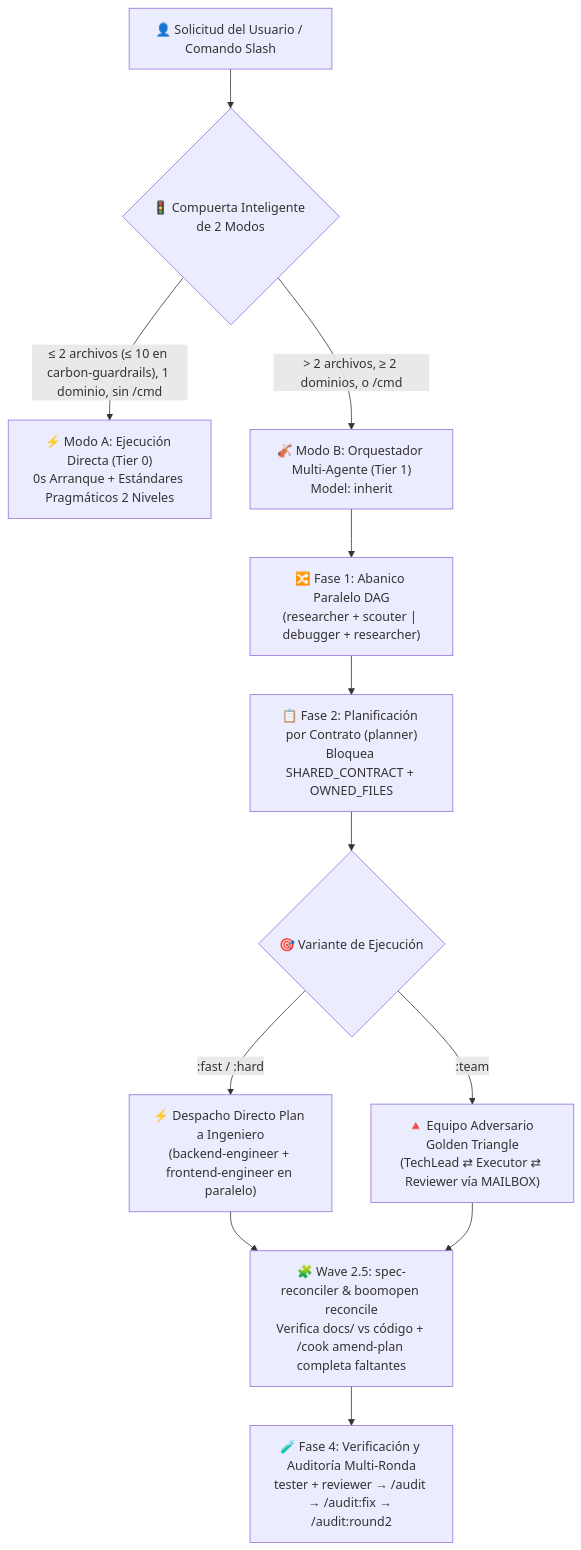
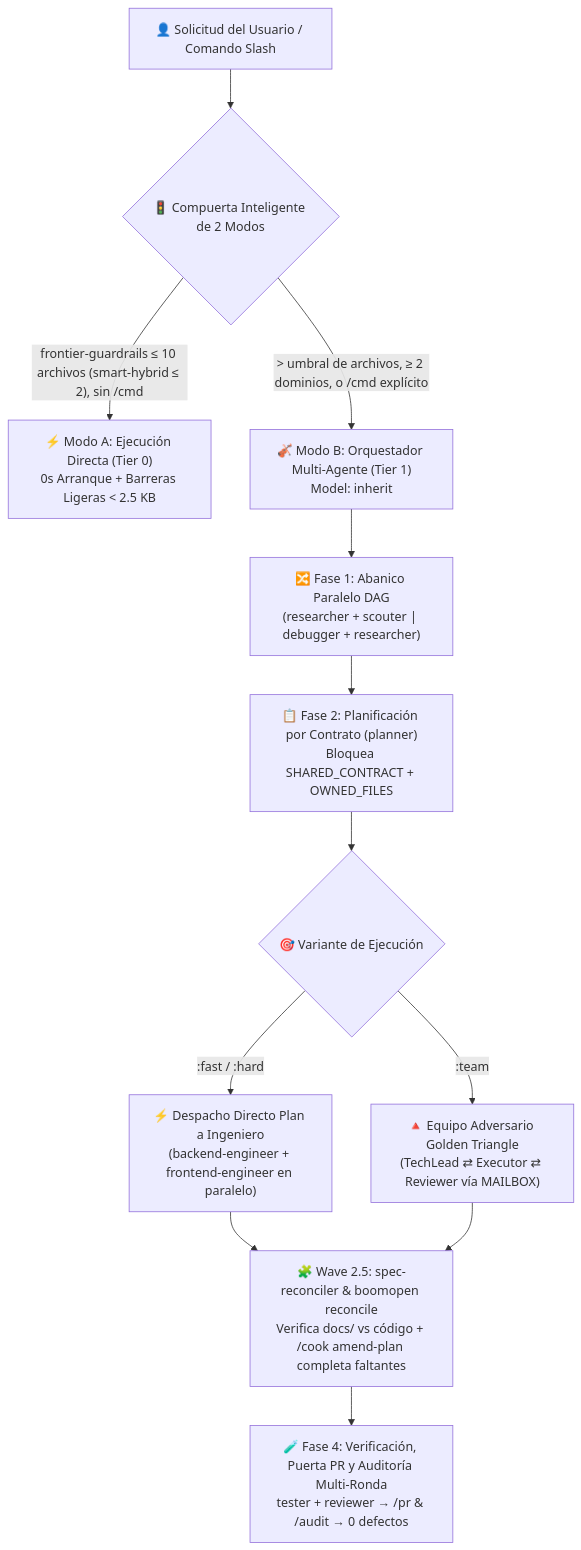
One commit to Kennyboom/BoomOpen-Workflow-Kit-Pro changed the diagram in i18n/README.es.md. Above: the diagram before and after it, drawn with Mermaid. The commit also changed other lines of this file and 99 other files, not shown here.

````diff
--- a/i18n/README.es.md
+++ b/i18n/README.es.md
@@ -49,17 +57,17 @@
 ```mermaid
 flowchart TD
     User["👤 Solicitud del Usuario / Comando Slash"] --> Gate{"🚦 Compuerta Inteligente de 2 Modos"}
-    Gate -->|"≤ 2 archivos (≤ 10 en carbon-guardrails), 1 dominio, sin /cmd"| ModeA["⚡ Modo A: Ejecución Directa (Tier 0)<br/>0s Arranque + Estándares Pragmáticos 2 Niveles"]
-    Gate -->|"> 2 archivos, ≥ 2 dominios, o /cmd"| ModeB["🎻 Modo B: Orquestador Multi-Agente (Tier 1)<br/>Model: inherit"]
+    Gate -->|"frontier-guardrails ≤ 10 archivos (smart-hybrid ≤ 2), sin /cmd"| ModeA["⚡ Modo A: Ejecución Directa (Tier 0)<br/>0s Arranque + Barreras Ligeras < 2.5 KB"]
+    Gate -->|"> umbral de archivos, ≥ 2 dominios, o /cmd explícito"| ModeB["🎻 Modo B: Orquestador Multi-Agente (Tier 1)<br/>Model: inherit"]
 
     ModeB --> FanOut["🔀 Fase 1: Abanico Paralelo DAG<br/>(researcher + scouter | debugger + researcher)"]
     FanOut --> Plan["📋 Fase 2: Planificación por Contrato (planner)<br/>Bloquea SHARED_CONTRACT + OWNED_FILES"]
     Plan --> Dispatch{"🎯 Variante de Ejecución"}
 
     Dispatch -->|":fast / :hard"| Direct["⚡ Despacho Directo Plan a Ingeniero<br/>(backend-engineer + frontend-engineer en paralelo)"]
     Dispatch -->|":team"| Triangle["🔺 Equipo Adversario Golden Triangle<br/>(TechLead ⇄ Executor ⇄ Reviewer vía MAILBOX)"]
 
     Direct --> Reconcile["🧩 Wave 2.5: spec-reconciler & boomopen reconcile<br/>Verifica docs/ vs código + /cook amend-plan completa faltantes"]
     Triangle --> Reconcile
-    Reconcile --> Verify["🧪 Fase 4: Verificación y Auditoría Multi-Ronda<br/>tester + reviewer → /audit → /audit:fix → /audit:round2"]
+    Reconcile --> Verify["🧪 Fase 4: Verificación, Puerta PR y Auditoría Multi-Ronda<br/>tester + reviewer → /pr & /audit → 0 defectos"]
 ```
````
